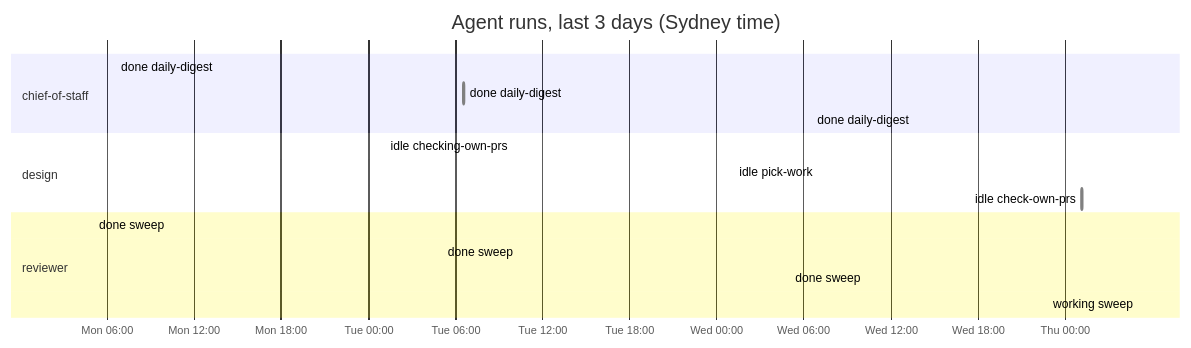
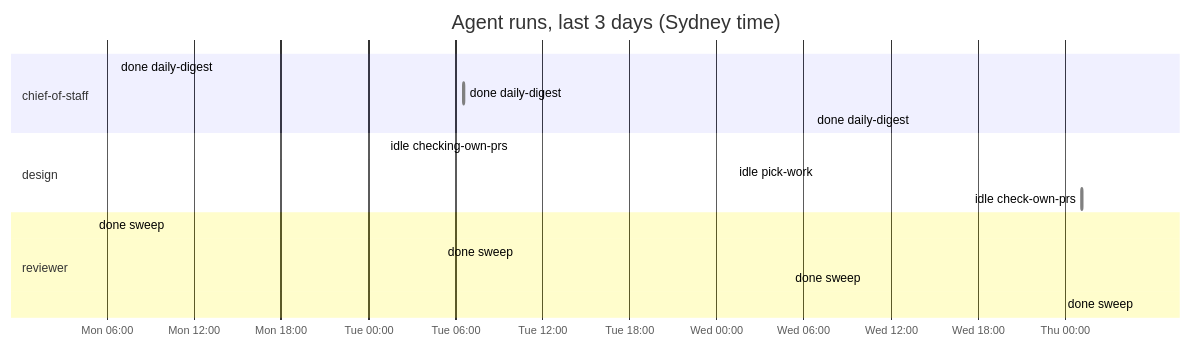
The diagram in dashboard.md (roulmediateam-byte/fifteen-expert-hq), drawn with Mermaid before and after one commit. The commit also changed other lines of this file and 1 other file, not shown here.

Commit message:
Mission control 2026-11-18T18:06Z

````diff
--- a/dashboard.md
+++ b/dashboard.md
@@ -45,19 +45,19 @@
 ```mermaid
 gantt
     title Agent runs, last 3 days (Sydney time)
     dateFormat YYYY-MM-DD HH:mm
     axisFormat %a %H:%M
     section chief-of-staff
     done daily-digest :done, 2026-11-16 06:35, 2026-11-16 06:36
     done daily-digest :done, 2026-11-17 06:35, 2026-11-17 06:36
     done daily-digest :done, 2026-11-18 06:35, 2026-11-18 06:36
     section design
     idle checking-own-prs :done, 2026-11-17 01:12, 2026-11-17 01:12
     idle pick-work :done, 2026-11-18 01:11, 2026-11-18 01:11
     idle check-own-prs :done, 2026-11-19 01:10, 2026-11-19 01:11
     section reviewer
     done sweep :done, 2026-11-16 05:05, 2026-11-16 05:06
     done sweep :done, 2026-11-17 05:05, 2026-11-17 05:05
     done sweep :done, 2026-11-18 05:04, 2026-11-18 05:05
-    working sweep :active, 2026-11-19 05:04, 2026-11-19 05:05
+    done sweep :done, 2026-11-19 05:04, 2026-11-19 05:05
 ```
````
